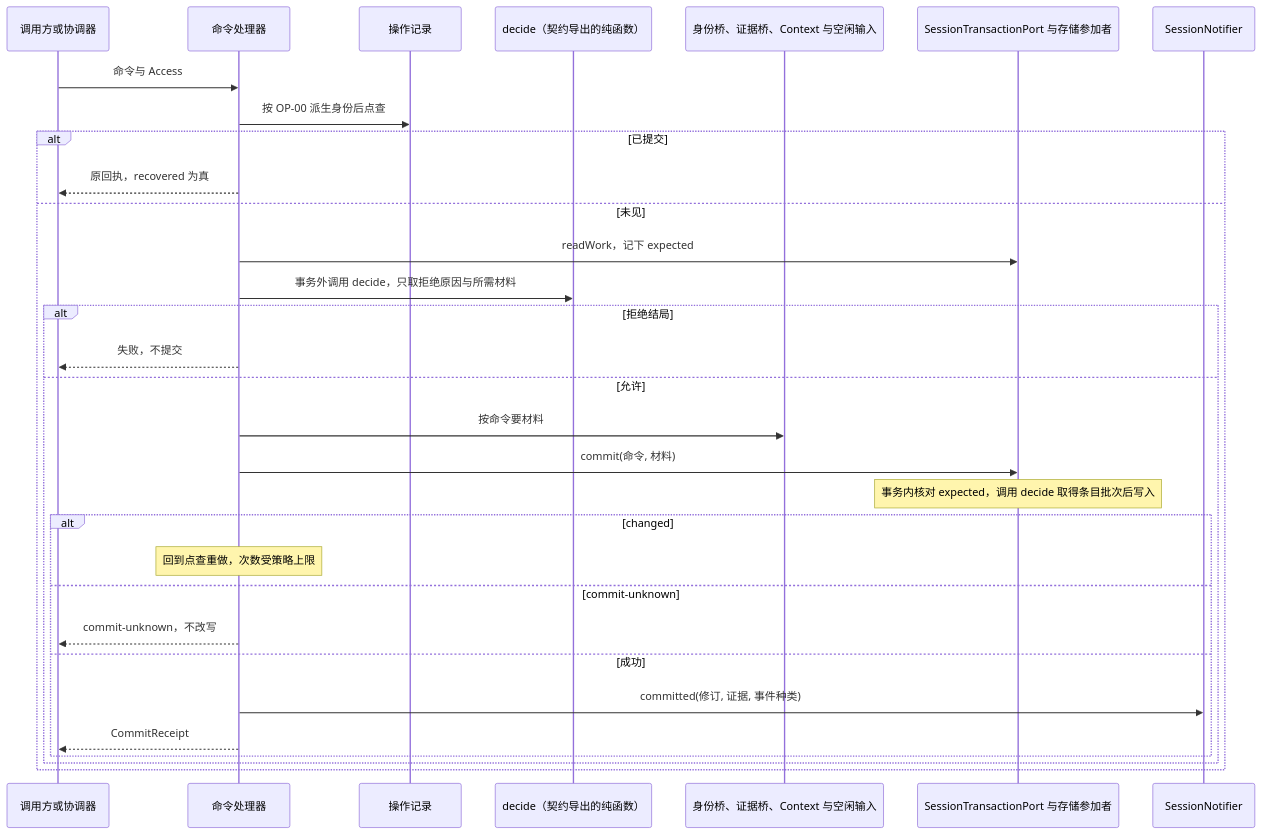
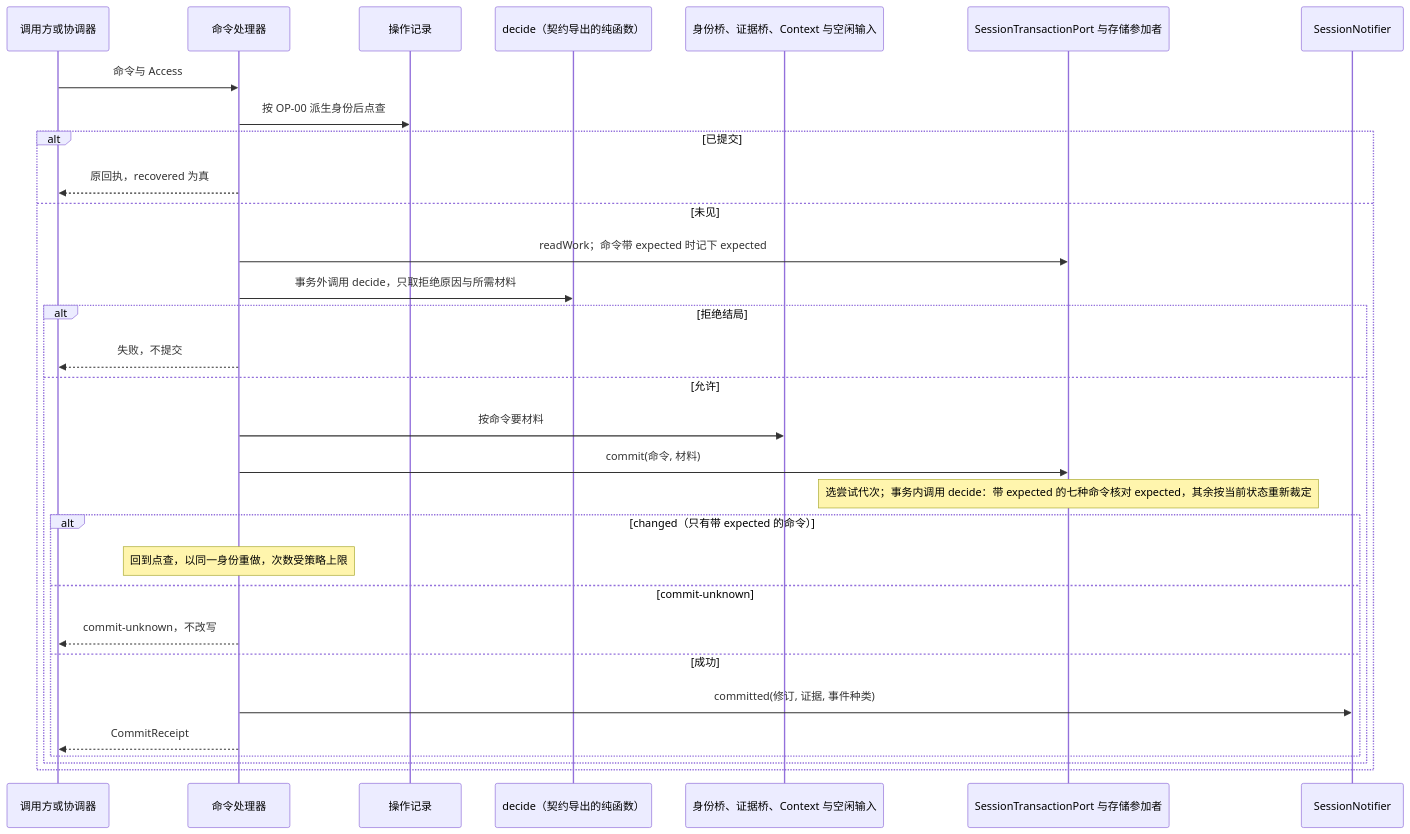
Before and after one commit to nemori-ai/omne-harness-lite: the first of 17 diagrams in packages/session/session/docs/flows.md, drawn with Mermaid. The commit also changed other lines of this file and 25 other files, not shown here.

````diff
--- a/packages/session/session/docs/flows.md
+++ b/packages/session/session/docs/flows.md
@@ -13,33 +13,33 @@
 ```mermaid
 sequenceDiagram
     participant Caller as 调用方或协调器
     participant CP as 命令处理器
     participant Op as 操作记录
     participant DS as decide（契约导出的纯函数）
     participant Br as 身份桥、证据桥、Context 与空闲输入
     participant Tx as SessionTransactionPort 与存储参加者
     participant N as SessionNotifier
     Caller->>CP: 命令与 Access
     CP->>Op: 按 OP-00 派生身份后点查
     alt 已提交
         CP-->>Caller: 原回执，recovered 为真
     else 未见
-        CP->>Tx: readWork，记下 expected
+        CP->>Tx: readWork；命令带 expected 时记下 expected
         CP->>DS: 事务外调用 decide，只取拒绝原因与所需材料
         alt 拒绝结局
             CP-->>Caller: 失败，不提交
         else 允许
             CP->>Br: 按命令要材料
             CP->>Tx: commit(命令, 材料)
-            Note over Tx: 事务内核对 expected，调用 decide 取得条目批次后写入
-            alt changed
-                Note over CP: 回到点查重做，次数受策略上限
+            Note over Tx: 选尝试代次；事务内调用 decide：带 expected 的七种命令核对 expected，其余按当前状态重新裁定
+            alt changed（只有带 expected 的命令）
+                Note over CP: 回到点查，以同一身份重做，次数受策略上限
             else commit-unknown
                 CP-->>Caller: commit-unknown，不改写
             else 成功
                 CP->>N: committed(修订, 证据, 事件种类)
                 CP-->>Caller: CommitReceipt
             end
         end
     end
 ```
````
